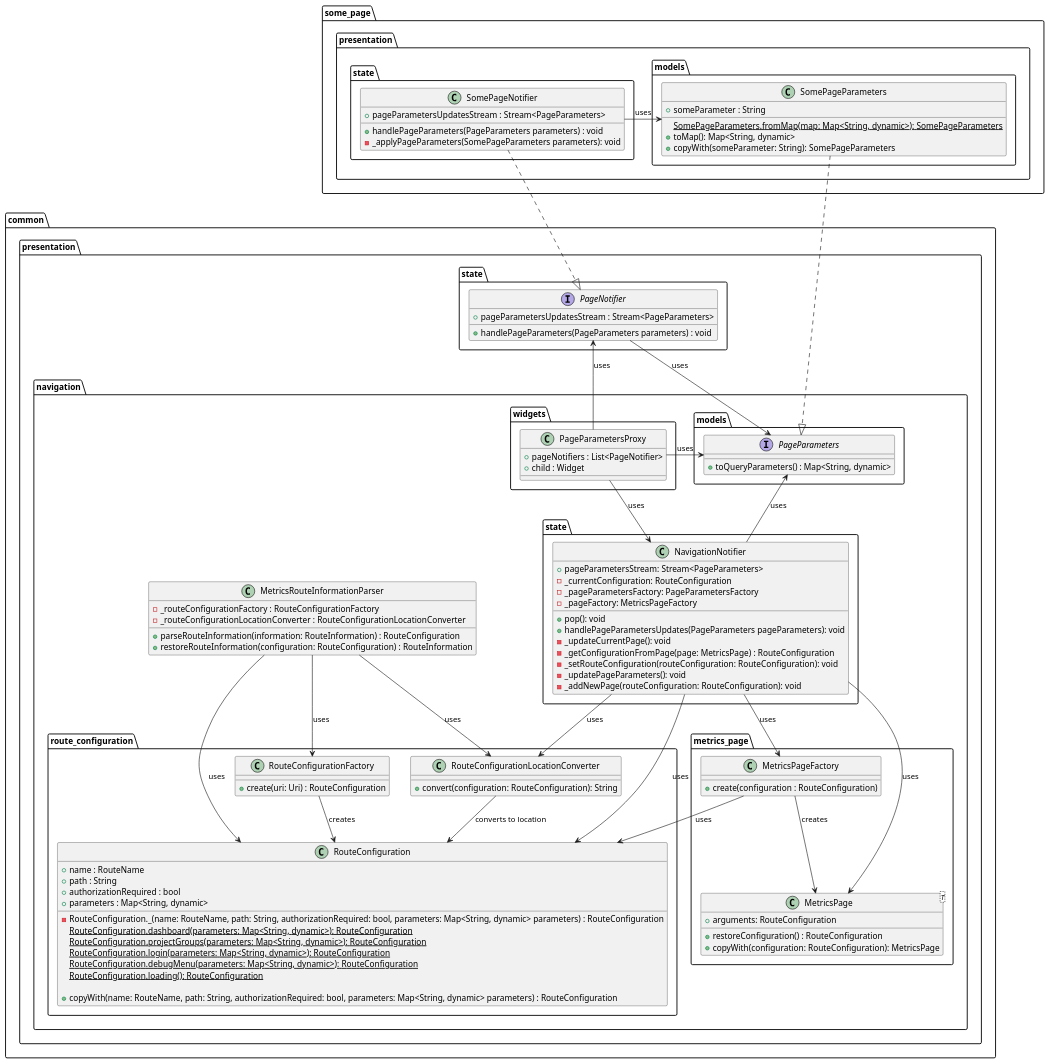
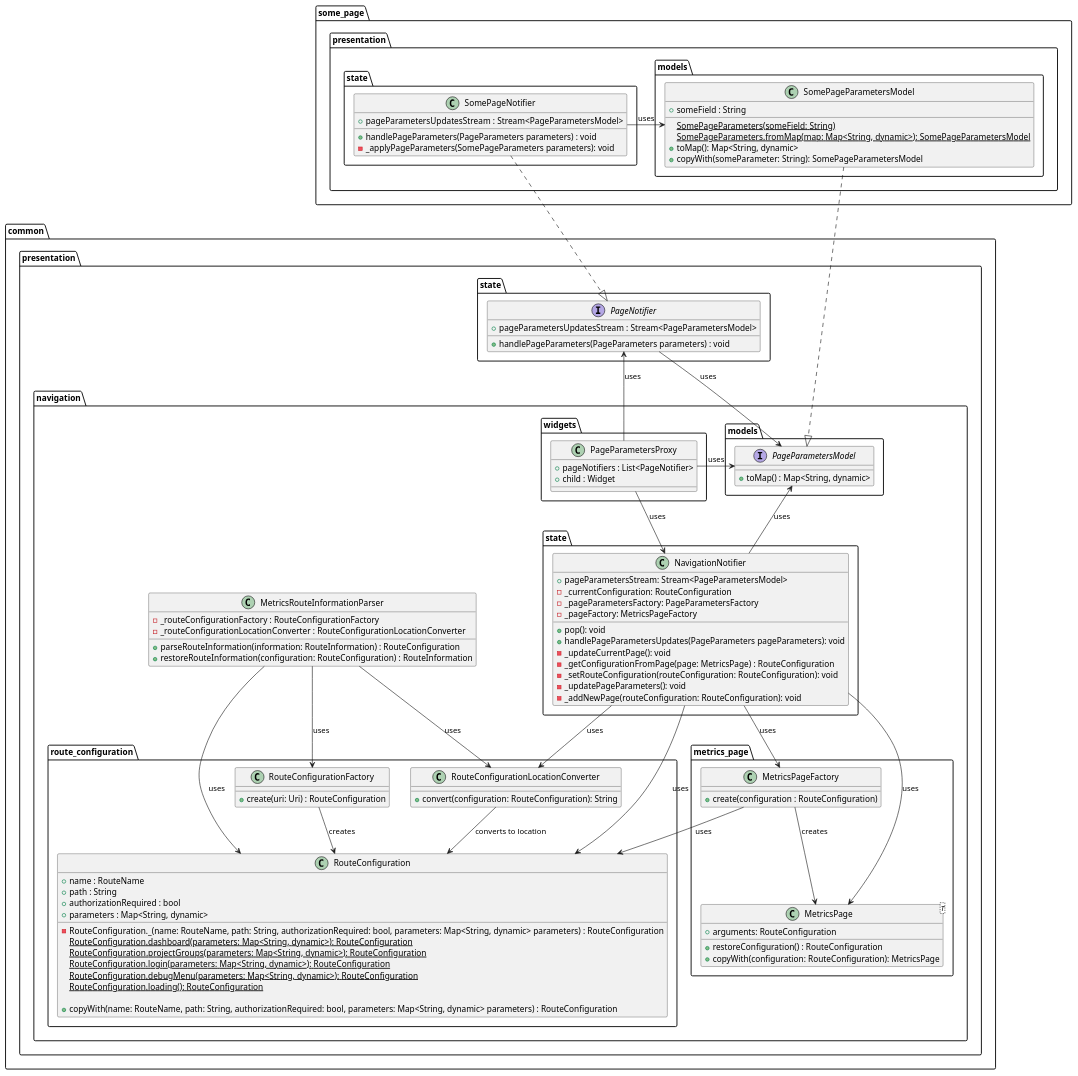
The diagram in metrics/web/docs/features/deep_links/diagrams/deep_links_class_diagram.puml (Flank/flank-dashboard), drawn with PlantUML before and after one commit.

Commit message:
Fix deep links class diagram

```diff
--- a/metrics/web/docs/features/deep_links/diagrams/deep_links_class_diagram.puml
+++ b/metrics/web/docs/features/deep_links/diagrams/deep_links_class_diagram.puml
@@ -1,139 +1,140 @@
 @startuml deep_links_class_diagram
 package common.presentation {
     package navigation {
         class MetricsRouteInformationParser {
             - _routeConfigurationFactory : RouteConfigurationFactory
             - _routeConfigurationLocationConverter : RouteConfigurationLocationConverter
 
             + parseRouteInformation(information: RouteInformation) : RouteConfiguration
             + restoreRouteInformation(configuration: RouteConfiguration) : RouteInformation
         }
 
         package metrics_page {
             class MetricsPage<T> {
                 + arguments: RouteConfiguration
 
                 + restoreConfiguration() : RouteConfiguration
                 + copyWith(configuration: RouteConfiguration): MetricsPage
             }
 
             class MetricsPageFactory {
                 + create(configuration : RouteConfiguration)
             }
         }
 
         package route_configuration {
             class RouteConfiguration {
                 + name : RouteName
                 + path : String
                 + authorizationRequired : bool
                 + parameters : Map<String, dynamic>
 
                 - RouteConfiguration._(name: RouteName, path: String, authorizationRequired: bool, parameters: Map<String, dynamic> parameters) : RouteConfiguration
                 {static} RouteConfiguration.dashboard(parameters: Map<String, dynamic>): RouteConfiguration
                 {static} RouteConfiguration.projectGroups(parameters: Map<String, dynamic>): RouteConfiguration
                 {static} RouteConfiguration.login(parameters: Map<String, dynamic>): RouteConfiguration
                 {static} RouteConfiguration.debugMenu(parameters: Map<String, dynamic>): RouteConfiguration
                 {static} RouteConfiguration.loading(): RouteConfiguration
 
                 + copyWith(name: RouteName, path: String, authorizationRequired: bool, parameters: Map<String, dynamic> parameters) : RouteConfiguration
             }
 
             class RouteConfigurationFactory {
                 + create(uri: Uri) : RouteConfiguration
             }
 
             class RouteConfigurationLocationConverter {
                 + convert(configuration: RouteConfiguration): String
             }
         }
 
         package state {
             class NavigationNotifier {
-                + pageParametersStream: Stream<PageParameters>
+                + pageParametersStream: Stream<PageParametersModel>
                 - _currentConfiguration: RouteConfiguration
                 - _pageParametersFactory: PageParametersFactory
                 - _pageFactory: MetricsPageFactory
 
                 + pop(): void
                 + handlePageParametersUpdates(PageParameters pageParameters): void
                 - _updateCurrentPage(): void
                 - _getConfigurationFromPage(page: MetricsPage) : RouteConfiguration
                 - _setRouteConfiguration(routeConfiguration: RouteConfiguration): void
                 - _updatePageParameters(): void
                 - _addNewPage(routeConfiguration: RouteConfiguration): void
             }
         }
 
         package models {
-            interface PageParameters {
-                + toQueryParameters() : Map<String, dynamic>
+            interface PageParametersModel {
+                + toMap() : Map<String, dynamic>
             }
         }
 
         package widgets {
             class PageParametersProxy {
                 + pageNotifiers : List<PageNotifier>
                 + child : Widget
             }
         }
     }
 
     package state as common_state {
         interface PageNotifier {
-            + pageParametersUpdatesStream : Stream<PageParameters>
+            + pageParametersUpdatesStream : Stream<PageParametersModel>
             + handlePageParameters(PageParameters parameters) : void
         }
 
     }
 }
 
 package some_page.presentation {
     package models as some_page_models {
-        class SomePageParameters {
-            + someParameter : String
+        class SomePageParametersModel {
+            + someField : String
 
-            {static} SomePageParameters.fromMap(map: Map<String, dynamic>): SomePageParameters
+            {static} SomePageParameters(someField: String)
+            {static} SomePageParameters.fromMap(map: Map<String, dynamic>): SomePageParametersModel
             + toMap(): Map<String, dynamic>
-            + copyWith(someParameter: String): SomePageParameters
+            + copyWith(someParameter: String): SomePageParametersModel
         }
     }
 
    package state as some_page_state {
        class SomePageNotifier {
-           + pageParametersUpdatesStream : Stream<PageParameters>
+           + pageParametersUpdatesStream : Stream<PageParametersModel>
            + handlePageParameters(PageParameters parameters) : void
            - _applyPageParameters(SomePageParameters parameters): void
        }
    }
 }
 
 PageParametersProxy -up-> PageNotifier : uses
 PageParametersProxy --> NavigationNotifier : uses
-PageParametersProxy -right-> PageParameters : uses
+PageParametersProxy -right-> PageParametersModel : uses
 
-PageNotifier --> PageParameters : uses
+PageNotifier --> PageParametersModel : uses
 
 MetricsPageFactory --> MetricsPage : creates
 MetricsPageFactory --> RouteConfiguration : uses
 
 RouteConfigurationFactory --> RouteConfiguration : creates
 
 MetricsRouteInformationParser --> RouteConfiguration : uses
 MetricsRouteInformationParser --> RouteConfigurationLocationConverter : uses
 MetricsRouteInformationParser --> RouteConfigurationFactory : uses
 
 RouteConfigurationLocationConverter --> RouteConfiguration : converts to location
 
 NavigationNotifier --> RouteConfigurationLocationConverter : uses
 NavigationNotifier --> RouteConfiguration : uses
 NavigationNotifier --> MetricsPageFactory : uses
 NavigationNotifier --> MetricsPage : uses
-NavigationNotifier -up-> PageParameters : uses
+NavigationNotifier -up-> PageParametersModel : uses
 
-SomePageParameters ..|> PageParameters
+SomePageParametersModel ..|> PageParametersModel
 
 SomePageNotifier ..|> PageNotifier
-SomePageNotifier -left-> SomePageParameters : uses
+SomePageNotifier -left-> SomePageParametersModel : uses
 
 @enduml
```
